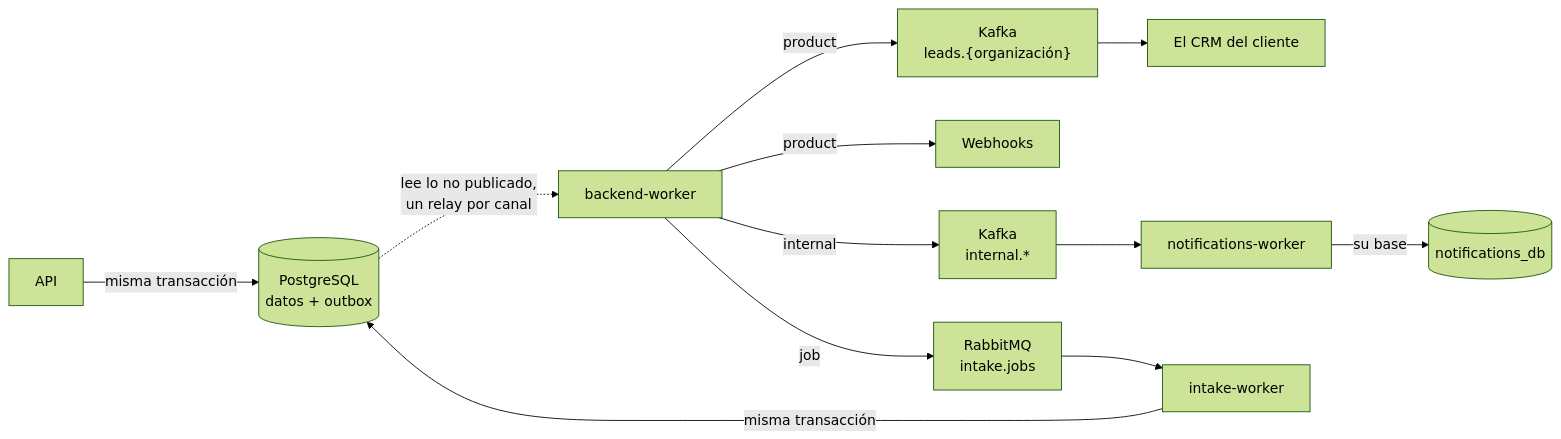
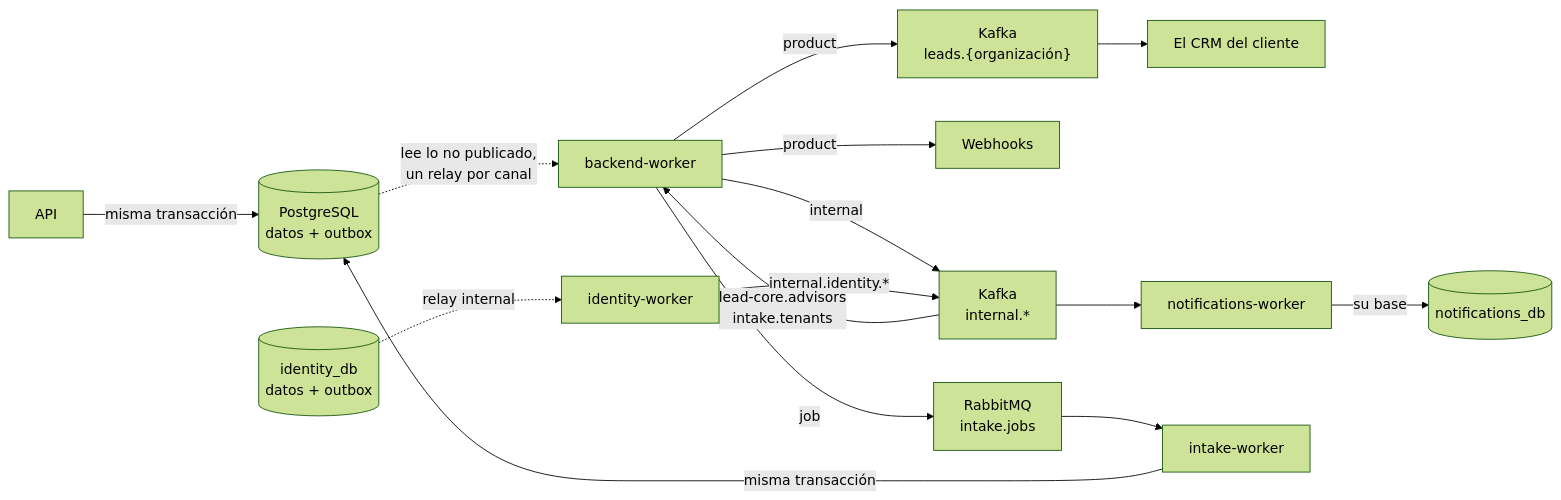
Before and after one commit to MDCIrony/leads-hexa: the diagram in docs/content/eventos/index.md, drawn with Mermaid (forest theme). The commit also changed other lines of this file and 31 other files, not shown here.

````diff
--- a/docs/content/eventos/index.md
+++ b/docs/content/eventos/index.md
@@ -45,14 +45,17 @@
 ```mermaid
 flowchart LR
     API["API"] -->|misma transacción| DB[("PostgreSQL<br/>datos + outbox")]
     DB -.->|"lee lo no publicado,<br/>un relay por canal"| BW["backend-worker"]
     BW -->|"product"| K["Kafka<br/>leads.{organización}"]
     BW -->|"product"| WH["Webhooks"]
     BW -->|"internal"| KI["Kafka<br/>internal.*"]
     BW -->|"job"| RMQ["RabbitMQ<br/>intake.jobs"]
     K --> CRM["El CRM del cliente"]
     KI --> NW["notifications-worker"]
     NW -->|"su base"| NDB[("notifications_db")]
+    IDDB[("identity_db<br/>datos + outbox")] -.->|"relay internal"| IW["identity-worker"]
+    IW -->|"internal.identity.*"| KI
+    KI -->|"lead-core.advisors<br/>intake.tenants"| BW
     RMQ --> W["intake-worker"]
     W -->|misma transacción| DB
 ```
````
